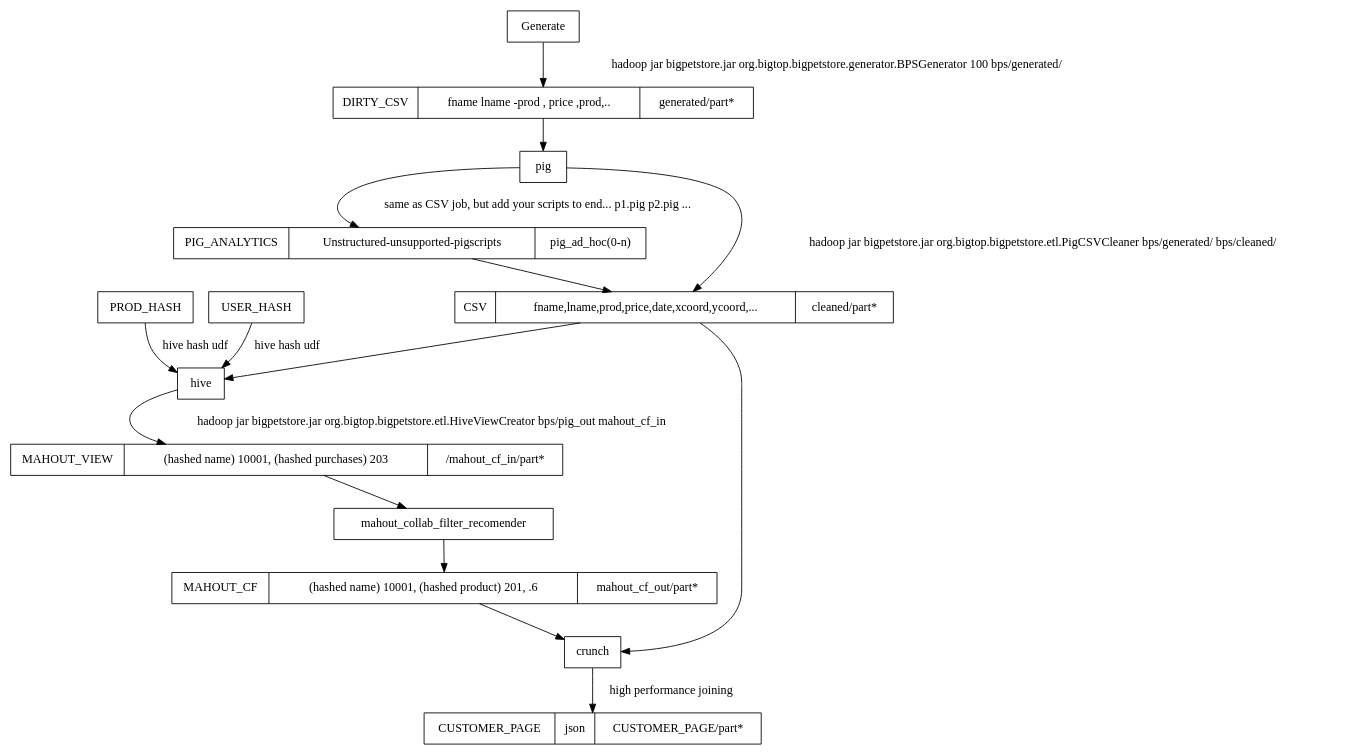
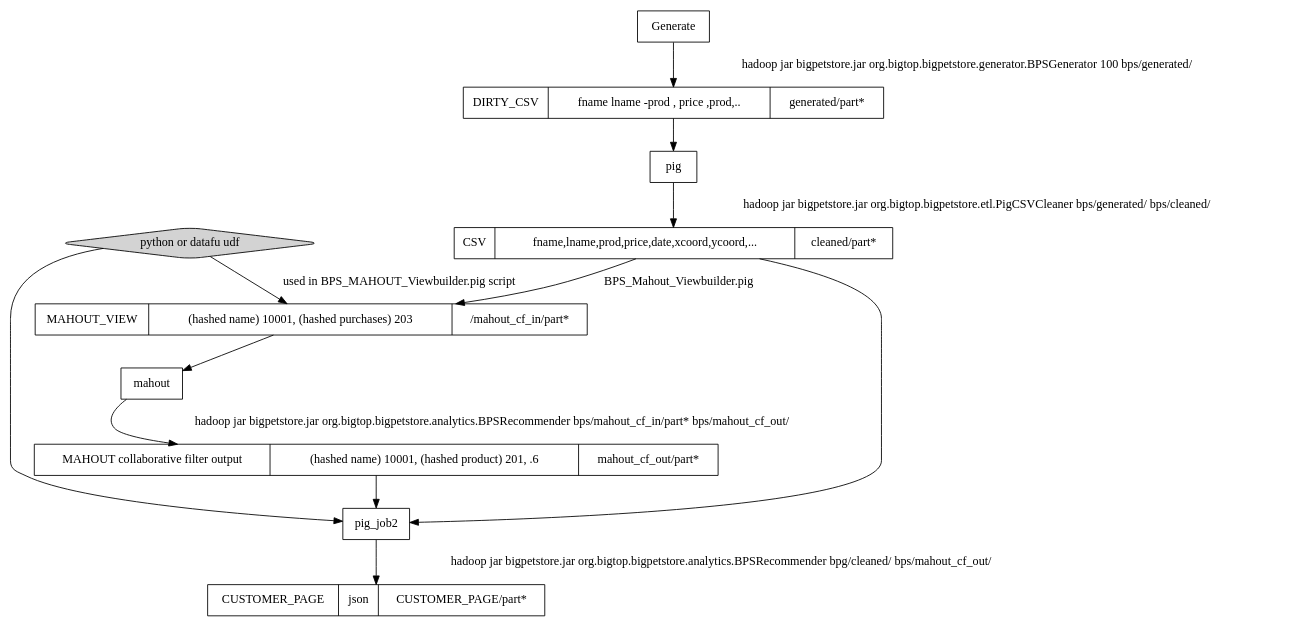
The diagram in bigtop-bigpetstore/arch.dot (apache/bigtop), drawn with Graphviz before and after one commit.

Commit message:
BIGTOP-1327: Update archtecture to reflect the new pig,mahout architecture

```diff
--- a/bigtop-bigpetstore/arch.dot
+++ b/bigtop-bigpetstore/arch.dot
@@ -1,44 +1,42 @@
 /**
 * Licensed to the Apache Software Foundation (ASF) under one or more
 * contributor license agreements.  See the NOTICE file distributed with
 * this work for additional information regarding copyright ownership.
 * The ASF licenses this file to You under the Apache License, Version 2.0
 * (the "License"); you may not use this file except in compliance with
 * the License.  You may obtain a copy of the License at
 * http://www.apache.org/licenses/LICENSE-2.0
 * 
 * Unless required by applicable law or agreed to in writing, software
 * distributed under the License is distributed on an "AS IS" BASIS,
 * WITHOUT WARRANTIES OR CONDITIONS OF ANY KIND, either express or implied.
 * See the License for the specific language governing permissions and
 * limitations under the License.
 */
 digraph bigpetstore {
 
    node [shape=record];
 
-   PIG_ANALYTICS [label="PIG_ANALYTICS|Unstructured-unsupported-pigscripts| pig_ad_hoc(0-n)"];
 
+   PROD_And_USER_HASH_FUNC [label="python or datafu udf" ,style="rounded,filled", shape=diamond];
    CUSTOMER_PAGE [label="CUSTOMER_PAGE|json|CUSTOMER_PAGE/part*"];
    DIRTY_CSV [label="DIRTY_CSV|fname   lname -prod , price ,prod,..|generated/part*"];
    CSV [label="CSV|fname,lname,prod,price,date,xcoord,ycoord,...|cleaned/part*"];
    MAHOUT_VIEW_INPUT [label="MAHOUT_VIEW  |  (hashed name) 10001, (hashed purchases) 203 |  <hive_warehouse>/mahout_cf_in/part*" ];
-   MAHOUT_CF [label="MAHOUT_CF  | (hashed name) 10001, (hashed product) 201, .6 | mahout_cf_out/part*" ];
+   MAHOUT_CF [label="MAHOUT collaborative filter output  | (hashed name) 10001, (hashed product) 201, .6 | mahout_cf_out/part*" ];
 
    Generate -> DIRTY_CSV [label="hadoop jar bigpetstore.jar org.bigtop.bigpetstore.generator.BPSGenerator 100 bps/generated/"] ;
    DIRTY_CSV -> pig [label=""];
 
-   pig -> CSV [label="hadoop jar bigpetstore.jar org.bigtop.bigpetstore.etl.PigCSVCleaner bps/generated/ bps/cleaned/"];
-   pig -> PIG_ANALYTICS [label="same as CSV job, but add your scripts to end... p1.pig p2.pig ..."];
-   PIG_ANALYTICS -> CSV;
-   PROD_HASH -> hive [label="hive hash udf"];
-   USER_HASH -> hive  [label="hive hash udf"];
+   pig -> CSV [label="hadoop jar bigpetstore.jar org.bigtop.bigpetstore.etl.PigCSVCleaner bps/generated/ bps/cleaned/ "];
+   CSV -> MAHOUT_VIEW_INPUT [label="BPS_Mahout_Viewbuilder.pig"]; 
+   PROD_And_USER_HASH_FUNC -> MAHOUT_VIEW_INPUT [label="used in BPS_MAHOUT_Viewbuilder.pig script"] ;
 
-   CSV -> hive ;
-   hive -> MAHOUT_VIEW_INPUT [label="hadoop jar bigpetstore.jar org.bigtop.bigpetstore.etl.HiveViewCreator bps/pig_out mahout_cf_in"];
-   MAHOUT_VIEW_INPUT -> mahout_collab_filter_recomender  -> MAHOUT_CF;
-   MAHOUT_CF  -> crunch ;
-   CSV -> crunch ;
-   crunch -> CUSTOMER_PAGE [label="high performance joining"];
+   MAHOUT_VIEW_INPUT -> mahout;
+   mahout -> MAHOUT_CF [label="hadoop jar bigpetstore.jar org.bigtop.bigpetstore.analytics.BPSRecommender bps/mahout_cf_in/part* bps/mahout_cf_out/"];
 
+   CSV -> pig_job2;   
+   MAHOUT_CF  -> pig_job2 ;
+   PROD_And_USER_HASH_FUNC -> pig_job2;
+   pig_job2  -> CUSTOMER_PAGE [label="hadoop jar bigpetstore.jar org.bigtop.bigpetstore.analytics.BPSRecommender bpg/cleaned/ bps/mahout_cf_out/"];
 }
```
